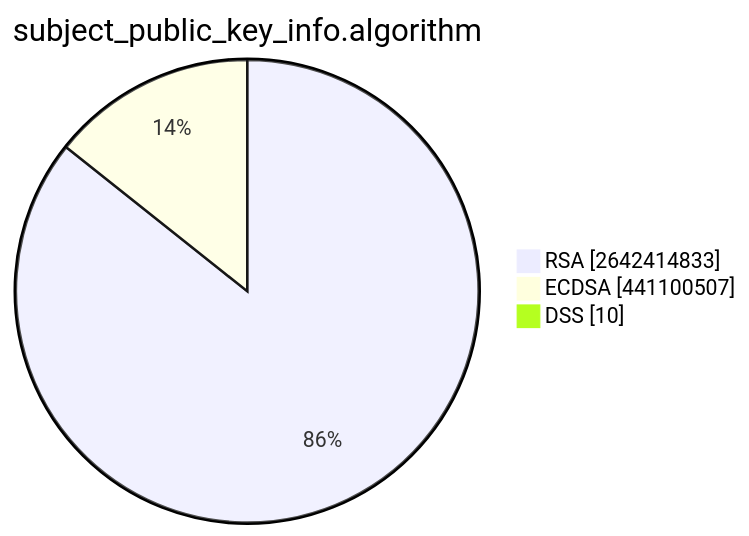
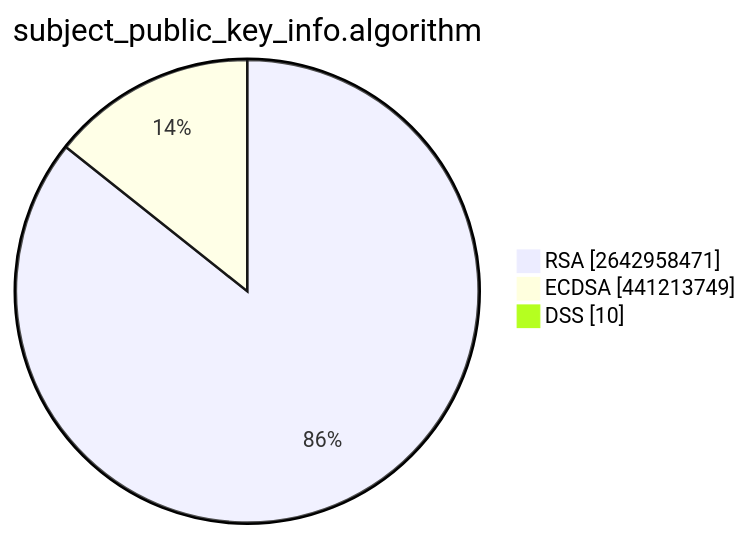
The second of 15 diagrams in TOTAL/README.md (christiankrug/ctmonitor_visualization), drawn with Mermaid before and after one commit. The commit also changed other lines of this file, not shown here.

````diff
--- a/TOTAL/README.md
+++ b/TOTAL/README.md
@@ -6,7 +6,7 @@
 ```mermaid
 pie showData
 title subject_public_key_info.algorithm
-"RSA" :2642414833
-"ECDSA" :441100507
+"RSA" :2642958471
+"ECDSA" :441213749
 "DSS" :10
 ```
````
